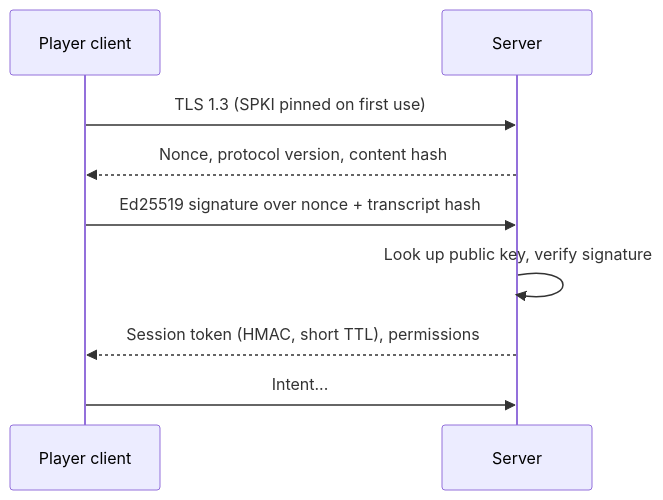
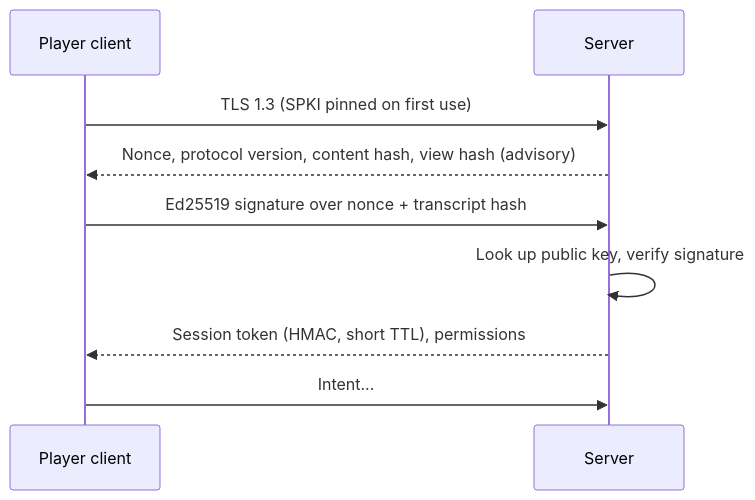
One commit to martintondel02/openblock changed the third of 3 diagrams in docs/spec/20-security-and-anti-cheat.md. Above: the diagram before and after it, drawn with Mermaid. The commit also changed other lines of this file and 57 other files, not shown here.

````diff
--- a/docs/spec/20-security-and-anti-cheat.md
+++ b/docs/spec/20-security-and-anti-cheat.md
@@ -469,11 +474,11 @@
 ```mermaid
 sequenceDiagram
   participant P as Player client
   participant S as Server
   P->>S: TLS 1.3 (SPKI pinned on first use)
-  S-->>P: Nonce, protocol version, content hash
+  S-->>P: Nonce, protocol version, content hash, view hash (advisory)
   P->>S: Ed25519 signature over nonce + transcript hash
   S->>S: Look up public key, verify signature
   S-->>P: Session token (HMAC, short TTL), permissions
   P->>S: Intent...
 ```
````
